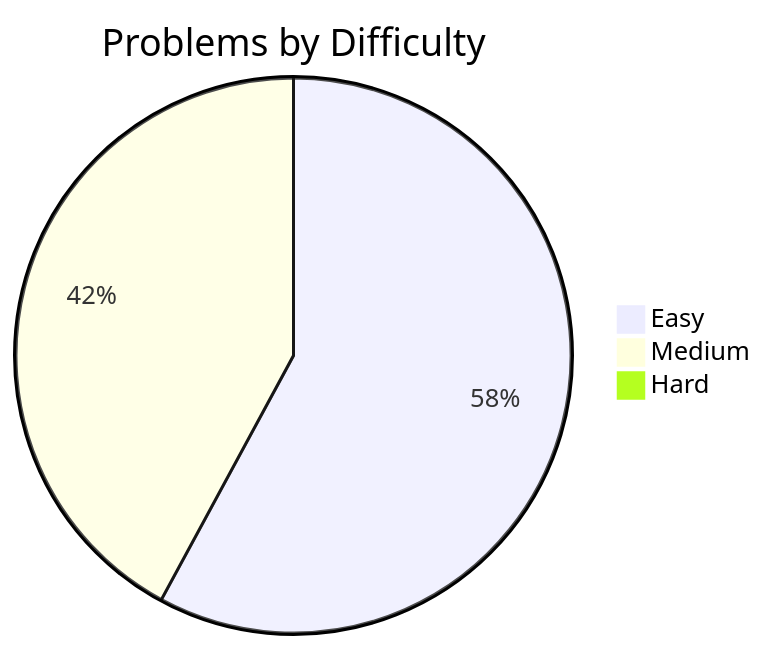
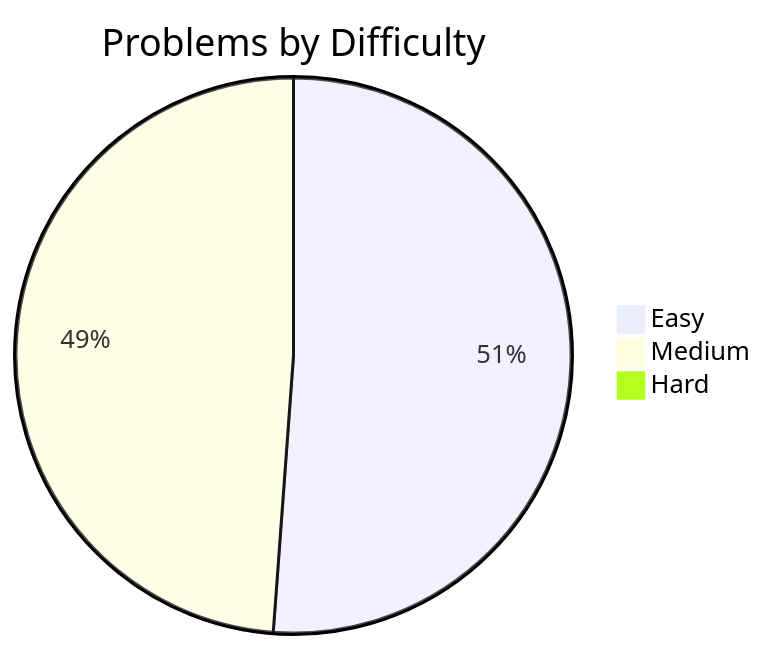
Before and after one commit to Jasjeet-Singh-S/100-days-DSA: the first of 2 diagrams in readme.md, drawn with Mermaid. The commit also changed other lines of this file and 1 other file, not shown here.

````diff
--- a/readme.md
+++ b/readme.md
@@ -19,6 +19,6 @@
 ```mermaid
 pie title Problems by Difficulty
     "Easy" : 22
-    "Medium" : 16
+    "Medium" : 21
     "Hard" : 0
 ```
````
